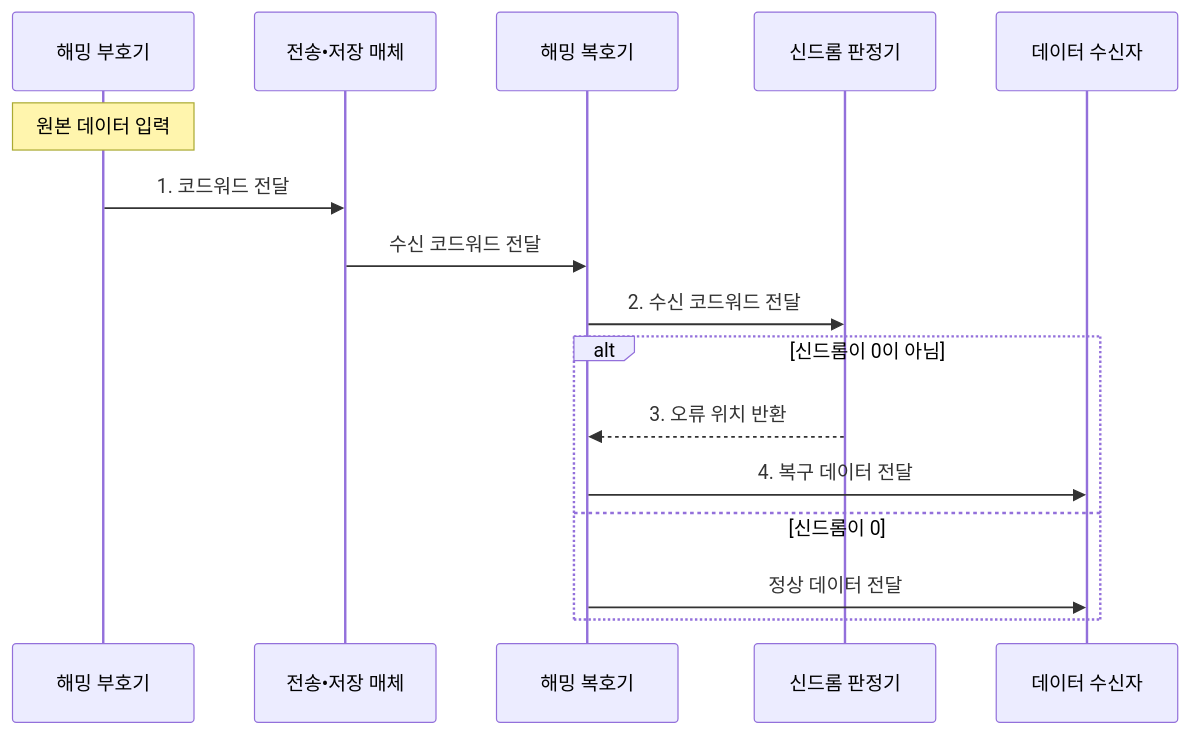
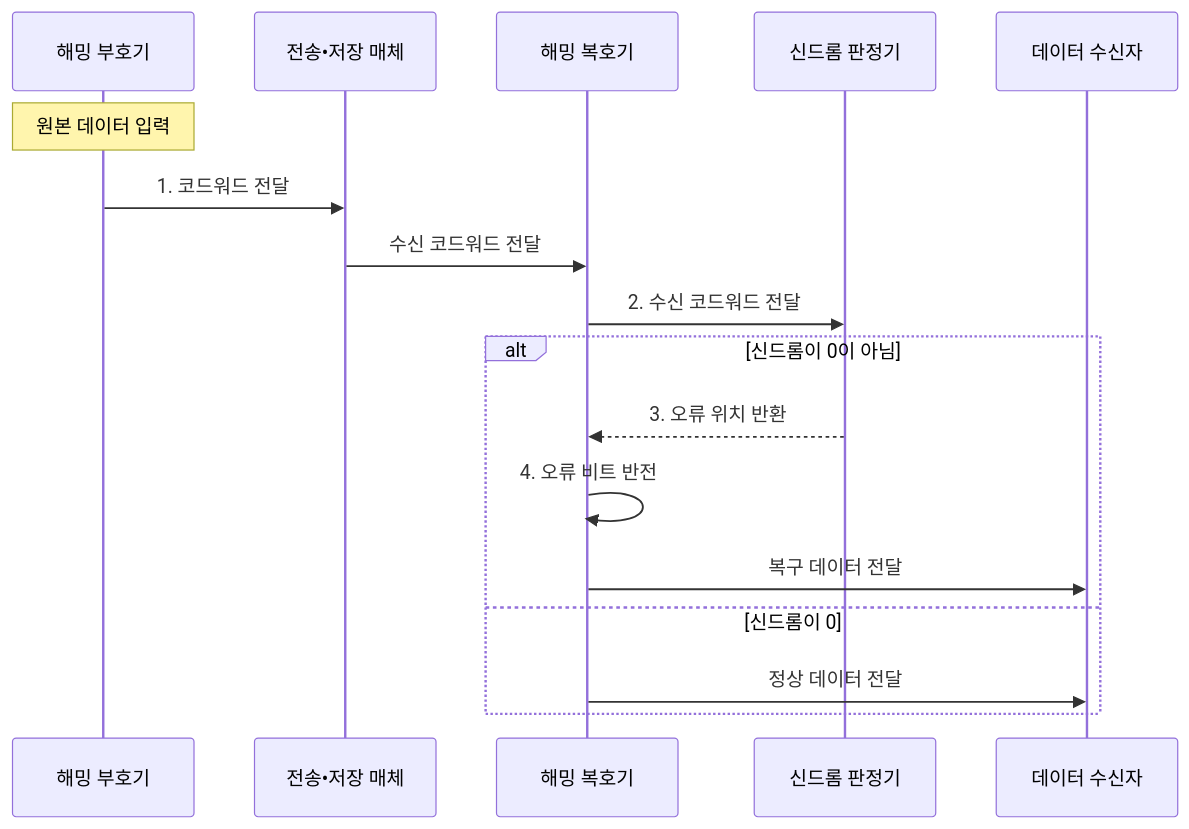
The second of 2 diagrams in src/content/docs/notes/01-basic-theory/028_hamming_code.md (agnusdei1207/knowledge-base), drawn with Mermaid before and after one commit. The commit also changed other lines of this file and 20 other files, not shown here.

````diff
--- a/src/content/docs/notes/01-basic-theory/028_hamming_code.md
+++ b/src/content/docs/notes/01-basic-theory/028_hamming_code.md
@@ -90,18 +90,19 @@
 ```mermaid
 sequenceDiagram
     participant E as 해밍 부호기
     participant M as 전송•저장 매체
     participant D as 해밍 복호기
     participant S as 신드롬 판정기
     participant O as 데이터 수신자
     Note over E: 원본 데이터 입력
     E->>M: 1. 코드워드 전달
     M->>D: 수신 코드워드 전달
     D->>S: 2. 수신 코드워드 전달
     alt 신드롬이 0이 아님
         S-->>D: 3. 오류 위치 반환
-        D->>O: 4. 복구 데이터 전달
+        D->>D: 4. 오류 비트 반전
+        D->>O: 복구 데이터 전달
     else 신드롬이 0
         D->>O: 정상 데이터 전달
     end
 ```
````
